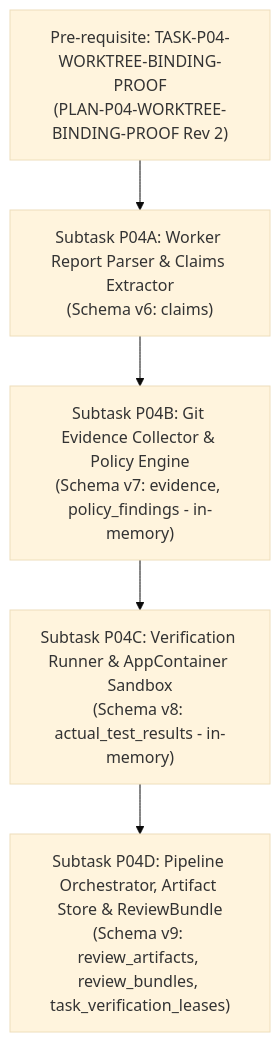
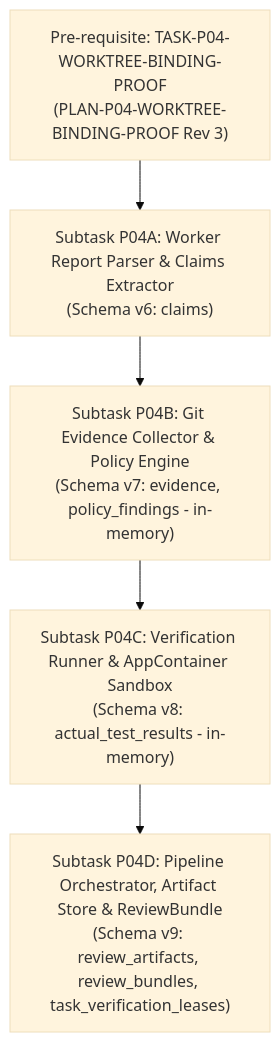
One commit to trungqwe/ai-supervisor changed the diagram in docs/plans/PLAN-P04-EVIDENCE-REVIEW.md. Above: the diagram before and after it, drawn with Mermaid (base theme). The commit also changed other lines of this file and 8 other files, not shown here.

Commit message:
docs(p04): record Re-Audit 003 and Erratum 003, remediate pre-contract architecture round 4

````diff
--- a/docs/plans/PLAN-P04-EVIDENCE-REVIEW.md
+++ b/docs/plans/PLAN-P04-EVIDENCE-REVIEW.md
@@ -28,13 +30,8 @@
 ```mermaid
 flowchart TD
-    P04_Proof["Pre-requisite: TASK-P04-WORKTREE-BINDING-PROOF
-(PLAN-P04-WORKTREE-BINDING-PROOF Rev 2)"] --> P04A
-    P04A["Subtask P04A: Worker Report Parser & Claims Extractor
-(Schema v6: claims)"] --> P04B
-    P04B["Subtask P04B: Git Evidence Collector & Policy Engine
-(Schema v7: evidence, policy_findings - in-memory)"] --> P04C
-    P04C["Subtask P04C: Verification Runner & AppContainer Sandbox
-(Schema v8: actual_test_results - in-memory)"] --> P04D
-    P04D["Subtask P04D: Pipeline Orchestrator, Artifact Store & ReviewBundle
-(Schema v9: review_artifacts, review_bundles, task_verification_leases)"]
+    P04_Proof["Pre-requisite: TASK-P04-WORKTREE-BINDING-PROOF\n(PLAN-P04-WORKTREE-BINDING-PROOF Rev 3)"] --> P04A
+    P04A["Subtask P04A: Worker Report Parser & Claims Extractor\n(Schema v6: claims)"] --> P04B
+    P04B["Subtask P04B: Git Evidence Collector & Policy Engine\n(Schema v7: evidence, policy_findings - in-memory)"] --> P04C
+    P04C["Subtask P04C: Verification Runner & AppContainer Sandbox\n(Schema v8: actual_test_results - in-memory)"] --> P04D
+    P04D["Subtask P04D: Pipeline Orchestrator, Artifact Store & ReviewBundle\n(Schema v9: review_artifacts, review_bundles, task_verification_leases)"]
 ```
````
